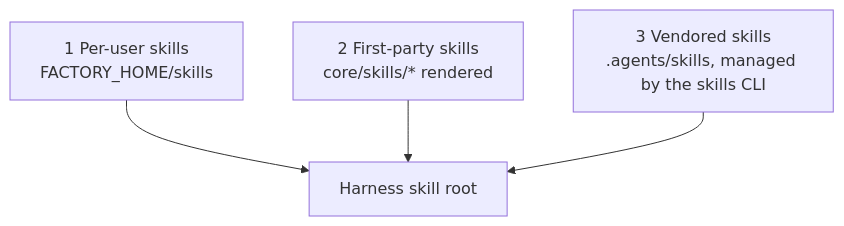
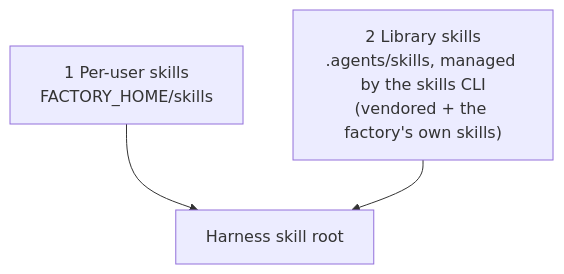
Before and after one commit to tenluap/agent-factory: the first of 2 diagrams in docs/guide/skills-design-improve.md, drawn with Mermaid. The commit also changed other lines of this file and 65 other files, not shown here.

First line of the commit message:
factory: move authored skills to local library entries

````diff
--- a/docs/guide/skills-design-improve.md
+++ b/docs/guide/skills-design-improve.md
@@ -7,6 +7,5 @@
 ```mermaid
 flowchart TD
     U["1 Per-user skills<br/>FACTORY_HOME/skills"] --> Out["Harness skill root"]
-    F["2 First-party skills<br/>core/skills/* rendered"] --> Out
-    V["3 Vendored skills<br/>.agents/skills, managed by the skills CLI"] --> Out
+    V["2 Library skills<br/>.agents/skills, managed by the skills CLI<br/>(vendored + the factory's own skills)"] --> Out
 ```
````
